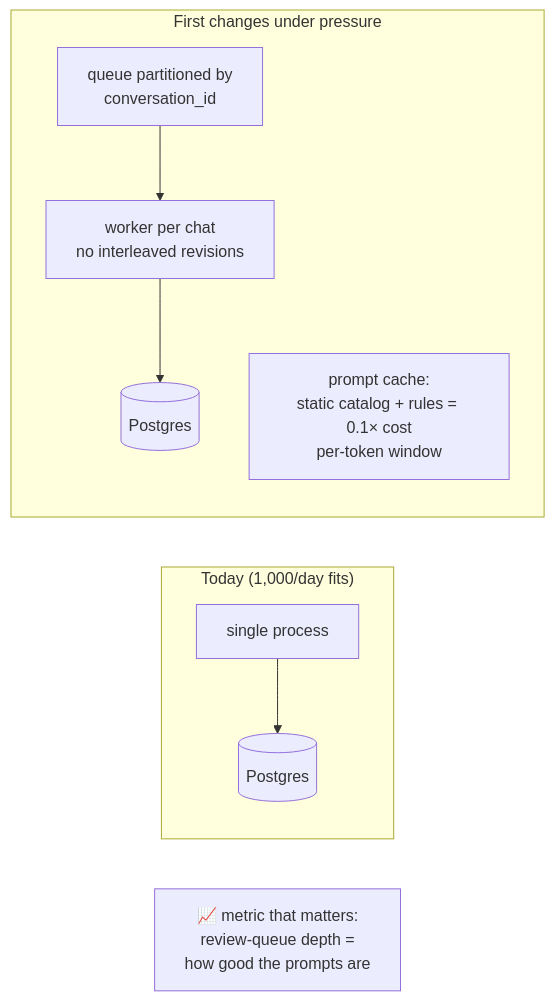
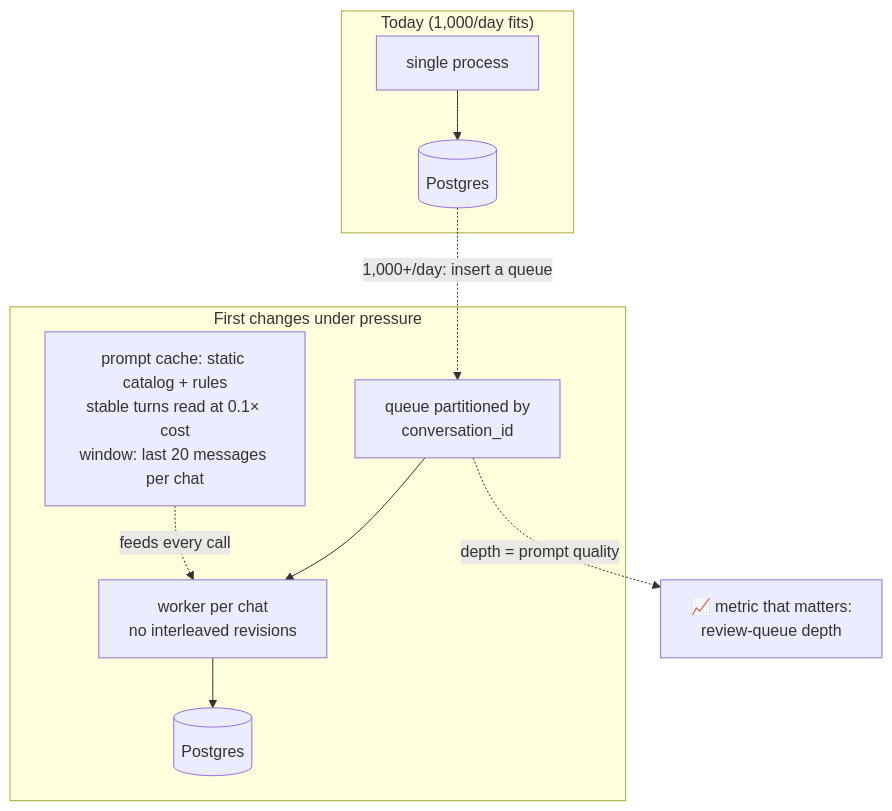
Before and after one commit to Selopez24/axial-quote-engine: the fourth of 4 diagrams in docs/presentation-diagrams.md, drawn with Mermaid. The commit also changed other lines of this file and 11 other files, not shown here.

First line of the commit message:
docs: fix diagram accuracy and slide readability

````diff
--- a/docs/presentation-diagrams.md
+++ b/docs/presentation-diagrams.md
@@ -130,12 +135,14 @@
 ```mermaid
-flowchart LR
+flowchart TB
     subgraph today["Today (1,000/day fits)"]
         W1["single process"] --> PG[(Postgres)]
     end
+    PG -.->|"1,000+/day: insert a queue"| Q
     subgraph next["First changes under pressure"]
         Q["queue partitioned by<br/>conversation_id"] --> W2["worker per chat<br/>no interleaved revisions"]
         W2 --> PG2[(Postgres)]
-        CACHE["prompt cache:<br/>static catalog + rules = 0.1× cost<br/>per-token window"]
+        CACHE["prompt cache: static catalog + rules<br/>stable turns read at 0.1× cost<br/>window: last 20 messages per chat"]
+        CACHE -.->|"feeds every call"| W2
     end
-    METRIC["📈 metric that matters:<br/>review-queue depth =<br/>how good the prompts are"]
+    Q -.->|"depth = prompt quality"| METRIC["📈 metric that matters:<br/>review-queue depth"]
 ```
````
